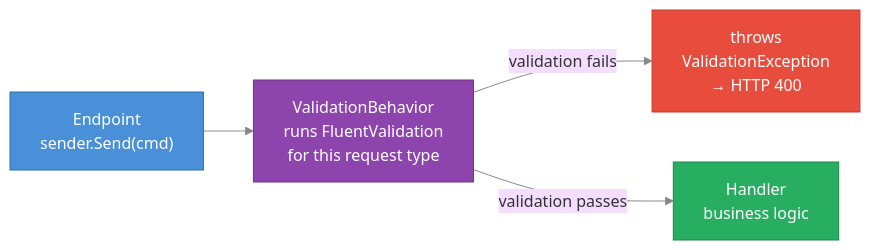
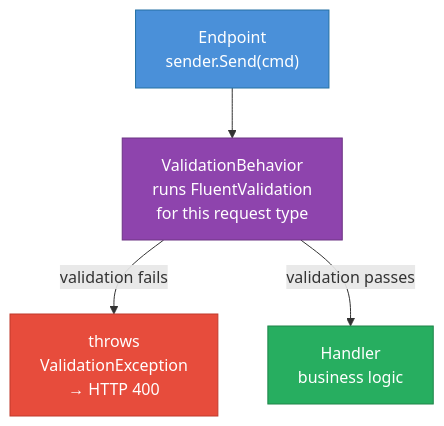
Before and after one commit to seesathish/AntKart-Src3: the third of 4 diagrams in docs/adr/ADR-010-CQRS-and-MediatR.md, drawn with Mermaid. The commit also changed other lines of this file and 7 other files, not shown here.

````diff
--- a/docs/adr/ADR-010-CQRS-and-MediatR.md
+++ b/docs/adr/ADR-010-CQRS-and-MediatR.md
@@ -109,17 +107,16 @@
 ```mermaid
-%%{init: {'theme': 'base', 'themeVariables': {'lineColor': '#888888'}}}%%
-flowchart LR
+flowchart TB
     classDef ep fill:#4A90D9,stroke:#2471A3,color:#fff
     classDef beh fill:#8E44AD,stroke:#6C3483,color:#fff
     classDef hand fill:#27AE60,stroke:#1E8449,color:#fff
     classDef err fill:#E74C3C,stroke:#C0392B,color:#fff
 
-    EP["Endpoint\nsender.Send(cmd)"]:::ep
-    VB["ValidationBehavior\nruns FluentValidation\nfor this request type"]:::beh
-    FAIL["throws\nValidationException\n→ HTTP 400"]:::err
-    HAND["Handler\nbusiness logic"]:::hand
+    EP["Endpoint<br/>sender.Send(cmd)"]:::ep
+    VB["ValidationBehavior<br/>runs FluentValidation<br/>for this request type"]:::beh
+    FAIL["throws<br/>ValidationException<br/>→ HTTP 400"]:::err
+    HAND["Handler<br/>business logic"]:::hand
 
     EP --> VB
     VB -->|"validation fails"| FAIL
     VB -->|"validation passes"| HAND
 ```
````
